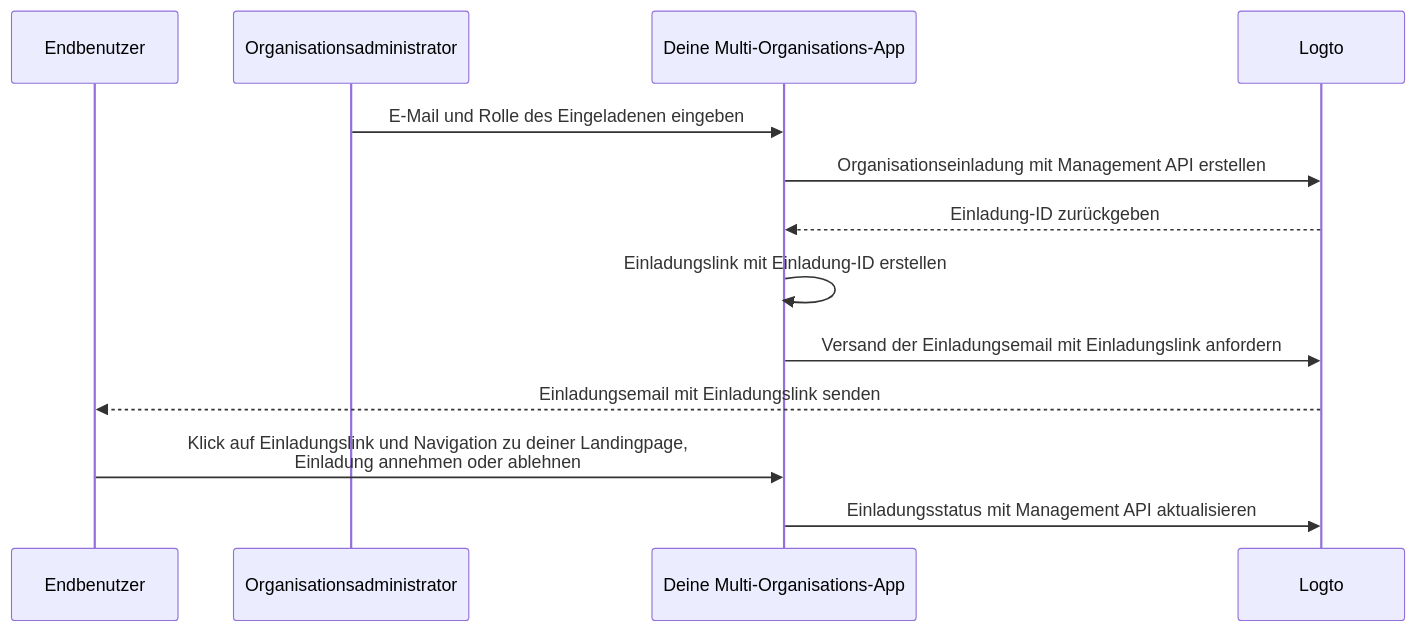
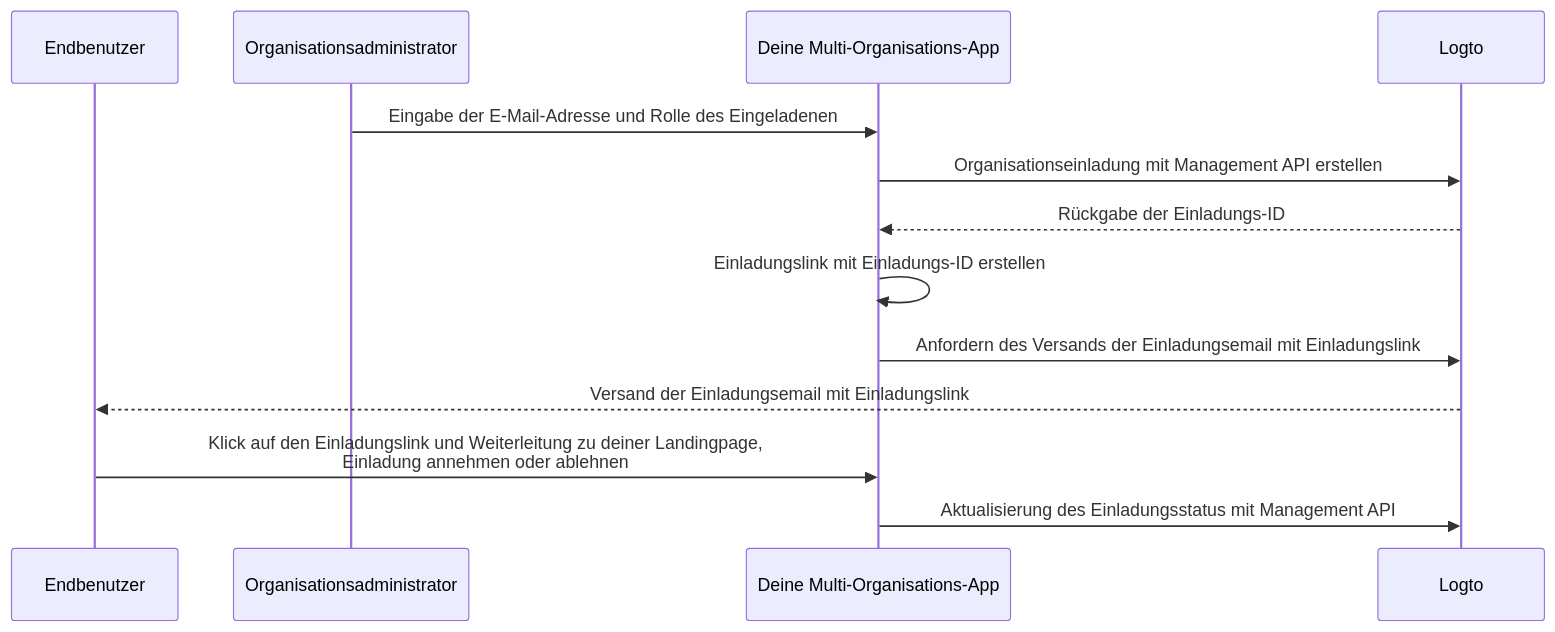
Before and after one commit to logto-io/docs: the diagram in i18n/de/docusaurus-plugin-content-docs/current/end-user-flows/organization-experience/invite-organization-members.mdx, drawn with Mermaid. The commit also changed other lines of this file and 96 other files, not shown here.

````diff
--- a/i18n/de/docusaurus-plugin-content-docs/current/end-user-flows/organization-experience/invite-organization-members.mdx
+++ b/i18n/de/docusaurus-plugin-content-docs/current/end-user-flows/organization-experience/invite-organization-members.mdx
@@ -13,16 +13,16 @@
 ```mermaid
 sequenceDiagram
 	Participant U as Endbenutzer
   Participant A as Organisationsadministrator
   Participant C as Deine Multi-Organisations-App
 	Participant L as Logto
 
-  A ->> C: E-Mail und Rolle des Eingeladenen eingeben
+  A ->> C: Eingabe der E-Mail-Adresse und Rolle des Eingeladenen
   C ->> L: Organisationseinladung mit Management API erstellen
-  L -->> C: Einladung-ID zurückgeben
-  C ->> C: Einladungslink mit Einladung-ID erstellen
-  C ->> L: Versand der Einladungsemail mit Einladungslink anfordern
-  L -->> U: Einladungsemail mit Einladungslink senden
-  U ->> C: Klick auf Einladungslink und Navigation zu deiner Landingpage,<br /> Einladung annehmen oder ablehnen
-  C ->> L: Einladungsstatus mit Management API aktualisieren
+  L -->> C: Rückgabe der Einladungs-ID
+  C ->> C: Einladungslink mit Einladungs-ID erstellen
+  C ->> L: Anfordern des Versands der Einladungsemail mit Einladungslink
+  L -->> U: Versand der Einladungsemail mit Einladungslink
+  U ->> C: Klick auf den Einladungslink und Weiterleitung zu deiner Landingpage,<br /> Einladung annehmen oder ablehnen
+  C ->> L: Aktualisierung des Einladungsstatus mit Management API
 ```
````
